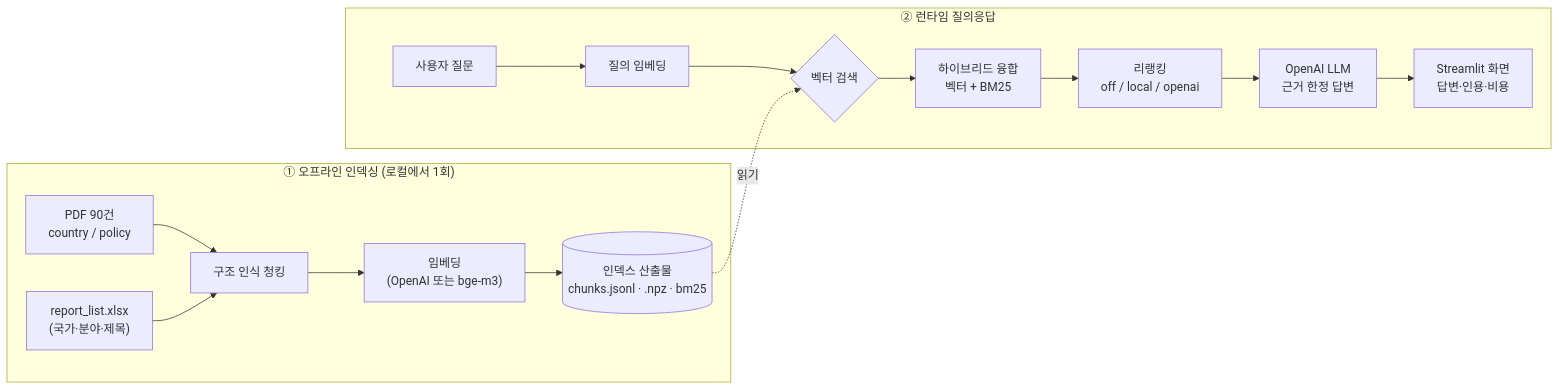
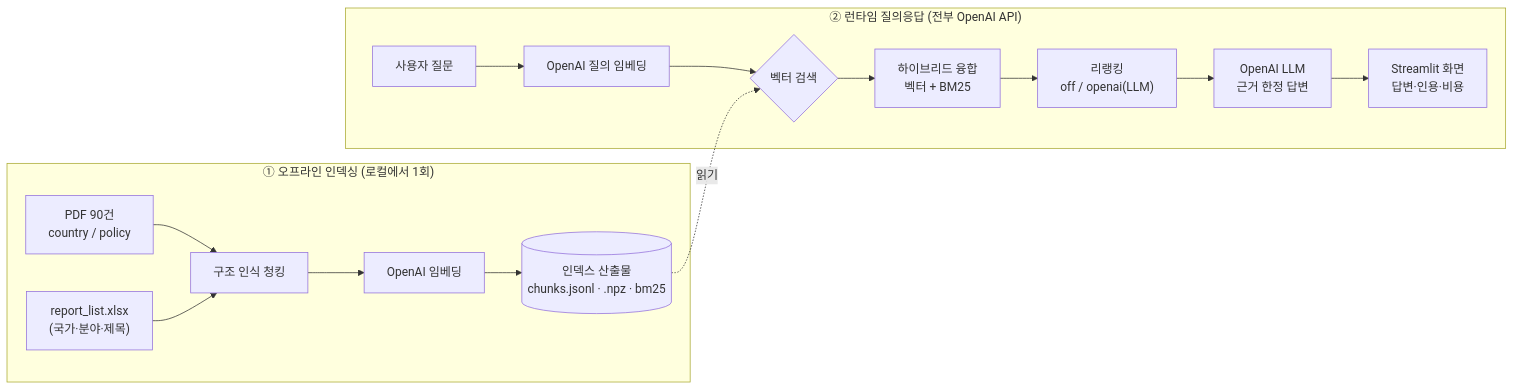
Before and after one commit to ElNino-o/konetic-report-rag: the first of 3 diagrams in README.md, drawn with Mermaid. The commit also changed other lines of this file and 17 other files, not shown here.

````diff
--- a/README.md
+++ b/README.md
@@ -15,18 +14,18 @@
 ```mermaid
 flowchart LR
   subgraph OFF["① 오프라인 인덱싱 (로컬에서 1회)"]
     PDF["PDF 90건<br/>country / policy"] --> CH["구조 인식 청킹"]
     XLS["report_list.xlsx<br/>(국가·분야·제목)"] --> CH
-    CH --> EMB["임베딩<br/>(OpenAI 또는 bge-m3)"]
+    CH --> EMB["OpenAI 임베딩"]
     EMB --> ART[("인덱스 산출물<br/>chunks.jsonl · .npz · bm25")]
   end
-  subgraph ON["② 런타임 질의응답"]
-    Q["사용자 질문"] --> QE["질의 임베딩"]
+  subgraph ON["② 런타임 질의응답 (전부 OpenAI API)"]
+    Q["사용자 질문"] --> QE["OpenAI 질의 임베딩"]
     QE --> VS{"벡터 검색"}
     ART -.읽기.-> VS
     VS --> HY["하이브리드 융합<br/>벡터 + BM25"]
-    HY --> RR["리랭킹<br/>off / local / openai"]
+    HY --> RR["리랭킹<br/>off / openai(LLM)"]
     RR --> LLM["OpenAI LLM<br/>근거 한정 답변"]
     LLM --> UI["Streamlit 화면<br/>답변·인용·비용"]
   end
 ```
````
